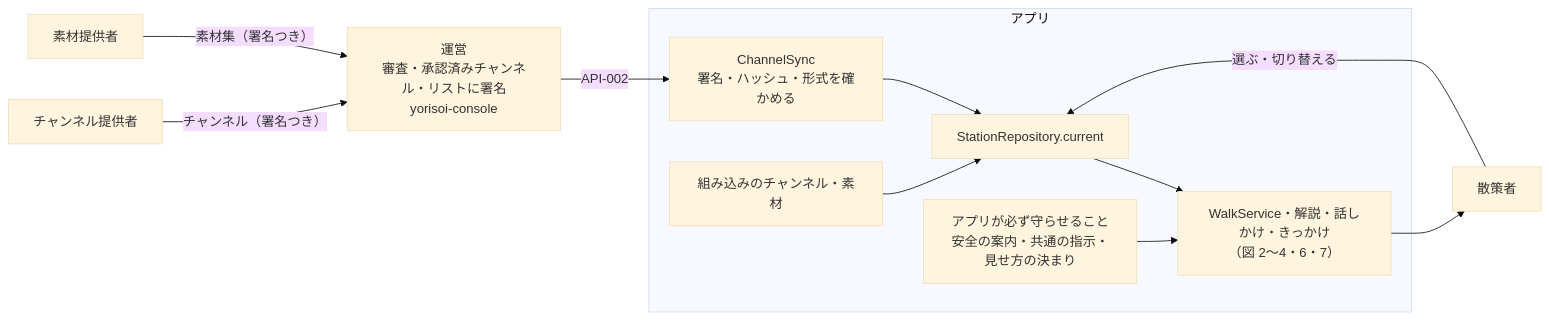
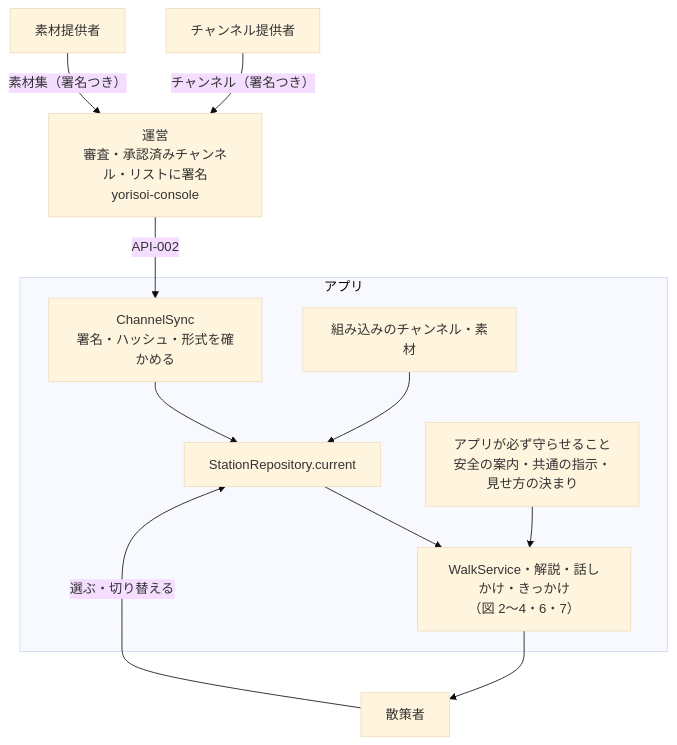
One commit to duwenji/yorisoi-sanpoguide changed the first of 8 diagrams in docs/architecture.md. Above: the diagram before and after it, drawn with Mermaid (base theme).

Commit message:
docs: チャンネルという考え方の図を縦に並べる

````diff
--- a/docs/architecture.md
+++ b/docs/architecture.md
@@ -16,14 +16,14 @@
 ```mermaid
-flowchart LR
+flowchart TB
   CP["チャンネル提供者"] -- "チャンネル（署名つき）" --> OPS
   MP["素材提供者"] -- "素材集（署名つき）" --> OPS
   OPS["運営<br/>審査・承認済みチャンネル・リストに署名<br/>yorisoi-console"] -- "API-002" --> Sync
   subgraph APP["アプリ"]
     BuiltIn["組み込みのチャンネル・素材"] --> Repo
     Sync["ChannelSync<br/>署名・ハッシュ・形式を確かめる"] --> Repo["StationRepository.current"]
     Repo --> Walk["WalkService・解説・話しかけ・きっかけ<br/>（図 2〜4・6・7）"]
     Guard["アプリが必ず守らせること<br/>安全の案内・共通の指示・見せ方の決まり"] --> Walk
   end
   Walk --> W["散策者"]
   W -- "選ぶ・切り替える" --> Repo
 ```
````
